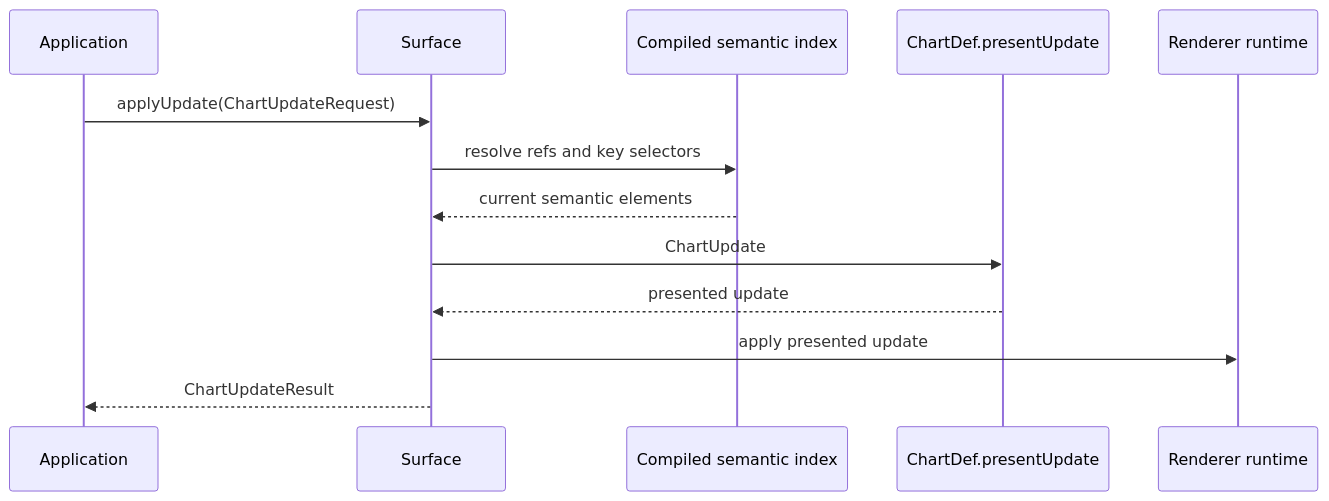
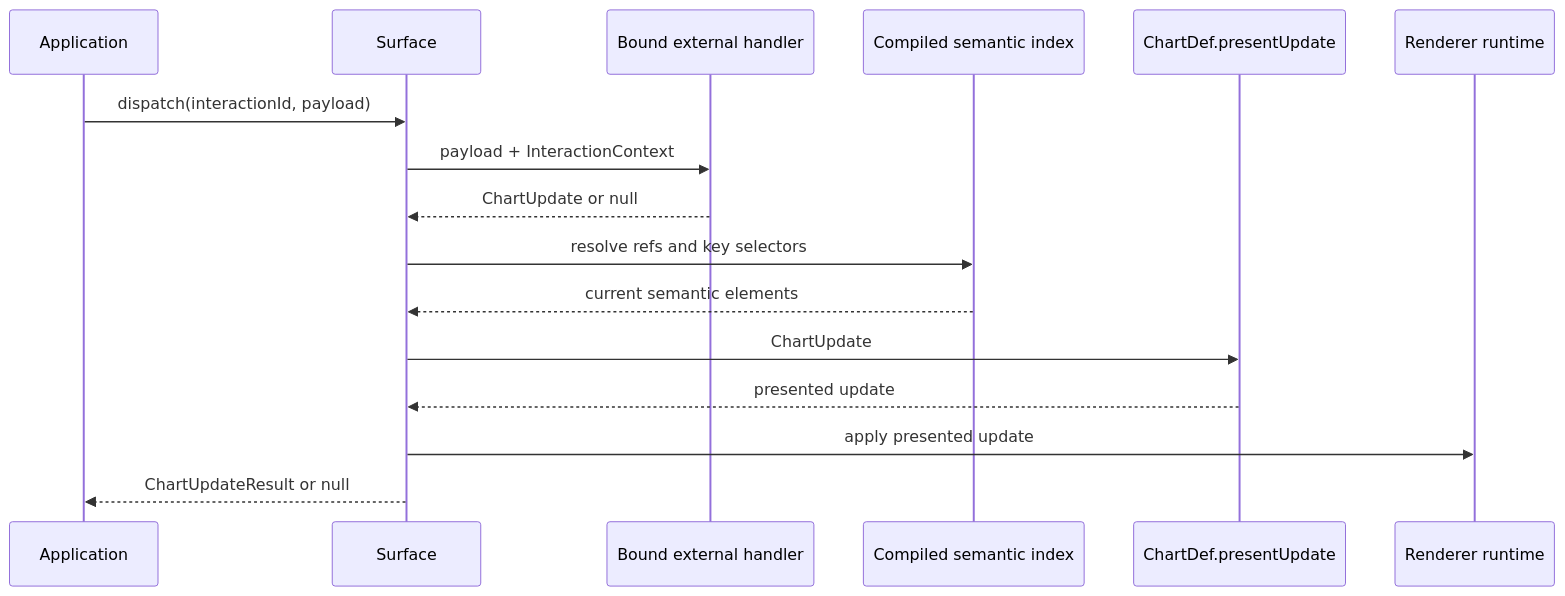
One commit to microsoft/flint-chart changed the third of 5 diagrams in packages/flint-js/src/interactive/README.md. Above: the diagram before and after it, drawn with Mermaid. The commit also changed other lines of this file and 90 other files, not shown here.

````diff
--- a/packages/flint-js/src/interactive/README.md
+++ b/packages/flint-js/src/interactive/README.md
@@ -203,16 +212,19 @@
 ```mermaid
 sequenceDiagram
     participant Host as Application
     participant Surface
+    participant Handler as Bound external handler
     participant Index as Compiled semantic index
     participant Present as ChartDef.presentUpdate
     participant Runtime as Renderer runtime
 
-    Host->>Surface: applyUpdate(ChartUpdateRequest)
+    Host->>Surface: dispatch(interactionId, payload)
+    Surface->>Handler: payload + InteractionContext
+    Handler-->>Surface: ChartUpdate or null
     Surface->>Index: resolve refs and key selectors
     Index-->>Surface: current semantic elements
     Surface->>Present: ChartUpdate
     Present-->>Surface: presented update
     Surface->>Runtime: apply presented update
-    Surface-->>Host: ChartUpdateResult
+    Surface-->>Host: ChartUpdateResult or null
 ```
````
